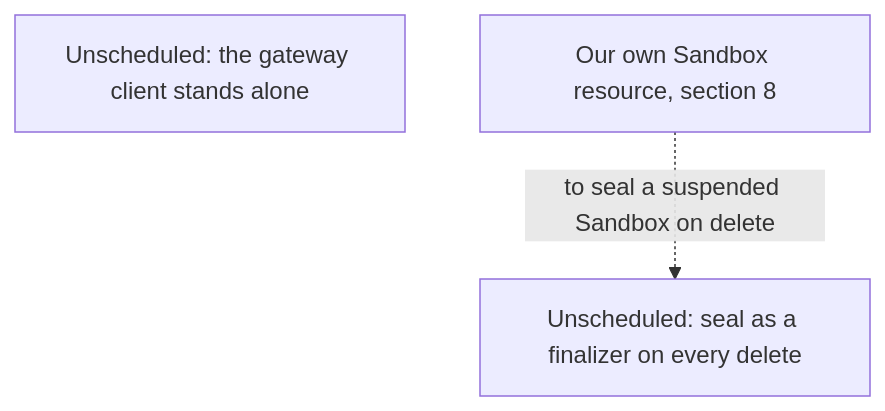
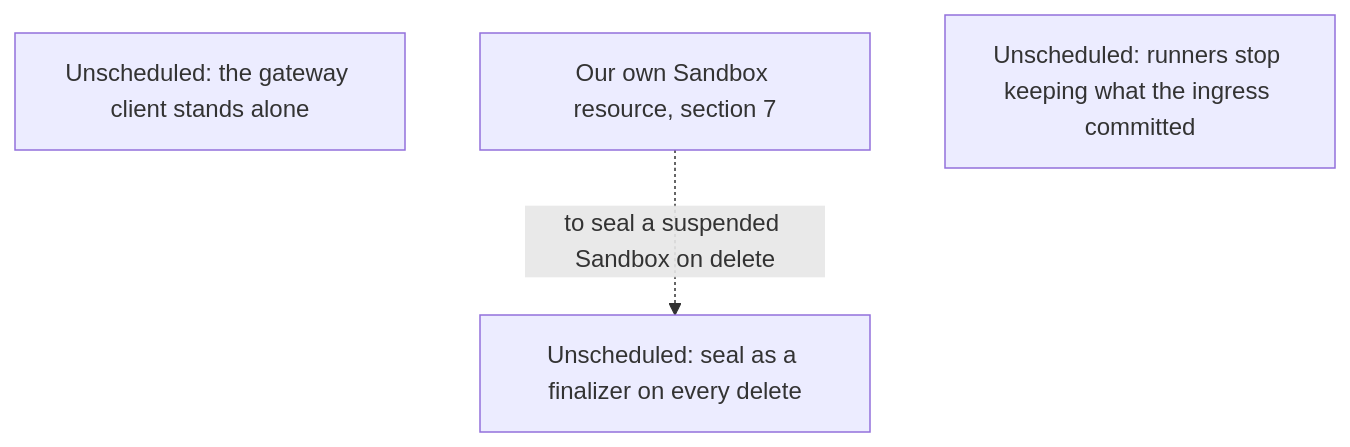
One commit to agentydragon-agent/ducktape changed diagram 13 of 14 in agentplane/plans/task_dag.md. Above: the diagram before and after it, drawn with Mermaid. The commit also changed other lines of this file and 9 other files, not shown here.

````diff
--- a/agentplane/plans/task_dag.md
+++ b/agentplane/plans/task_dag.md
@@ -872,7 +850,8 @@
 ```mermaid
 flowchart TD
     GATEWAY_CLIENT_SPLIT[Unscheduled: the gateway client stands alone]
-    AGENTPLANE_SANDBOX_RESOURCE[Our own Sandbox resource, section 8]
+    AGENTPLANE_SANDBOX_RESOURCE[Our own Sandbox resource, section 7]
     SEAL_FINALIZER[Unscheduled: seal as a finalizer on every delete]
     AGENTPLANE_SANDBOX_RESOURCE -. to seal a suspended Sandbox on delete .-> SEAL_FINALIZER
+    RUNNER_JOURNAL_TRIM[Unscheduled: runners stop keeping what the ingress committed]
 ```
````
